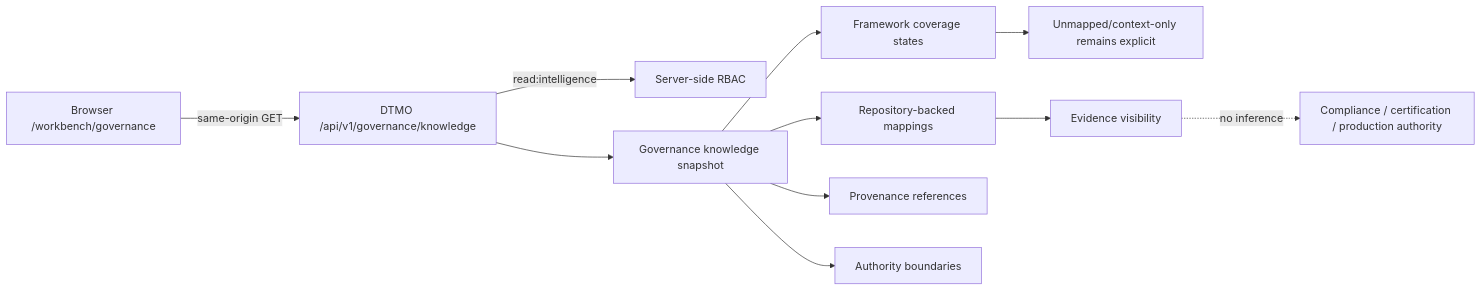
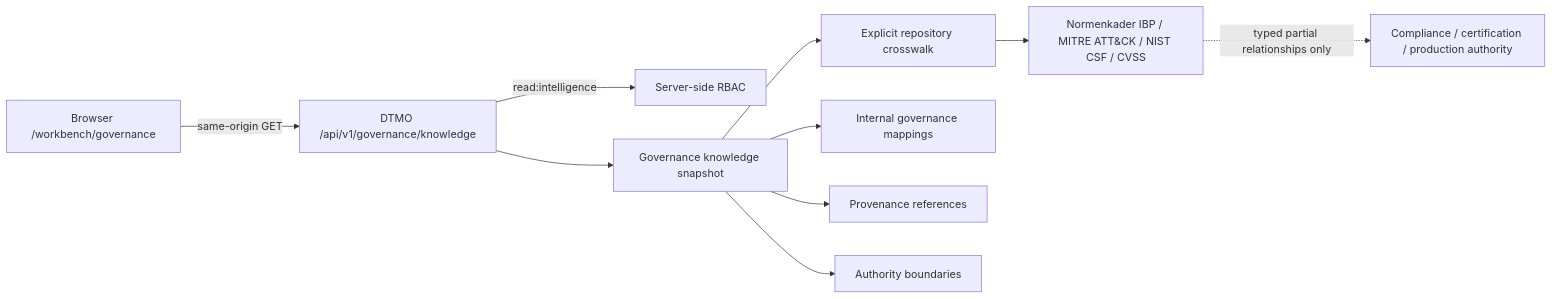
One commit to GJvManen/dtmo changed the diagram in docs/architecture/PHASE11_10L_GOVERNANCE_EVIDENCE.md. Above: the diagram before and after it, drawn with Mermaid. The commit also changed other lines of this file, not shown here.

Commit message:
docs: align governance architecture with explicit crosswalk

````diff
--- a/docs/architecture/PHASE11_10L_GOVERNANCE_EVIDENCE.md
+++ b/docs/architecture/PHASE11_10L_GOVERNANCE_EVIDENCE.md
@@ -9,13 +9,12 @@
 ```mermaid
 flowchart LR
     B[Browser /workbench/governance] -->|same-origin GET| D[DTMO /api/v1/governance/knowledge]
     D -->|read:intelligence| R[Server-side RBAC]
     D --> K[Governance knowledge snapshot]
-    K --> F[Framework coverage states]
-    K --> M[Repository-backed mappings]
+    K --> C[Explicit repository crosswalk]
+    K --> M[Internal governance mappings]
     K --> P[Provenance references]
     K --> A[Authority boundaries]
-    F --> U[Unmapped/context-only remains explicit]
-    M --> E[Evidence visibility]
-    E -. no inference .-> X[Compliance / certification / production authority]
+    C --> F[Normenkader IBP / MITRE ATT&CK / NIST CSF / CVSS]
+    F -. typed partial relationships only .-> X[Compliance / certification / production authority]
 ```
````
